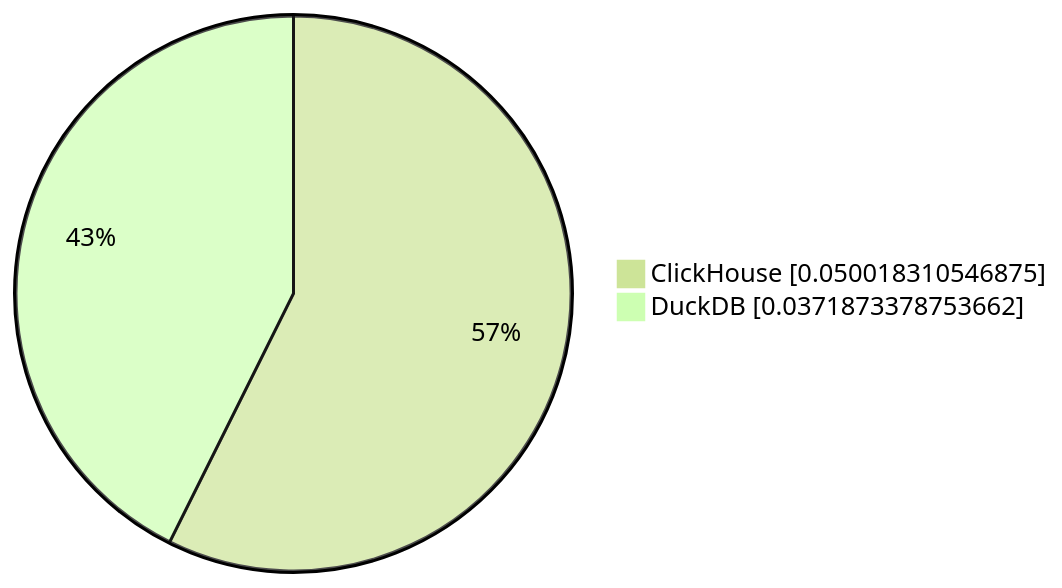
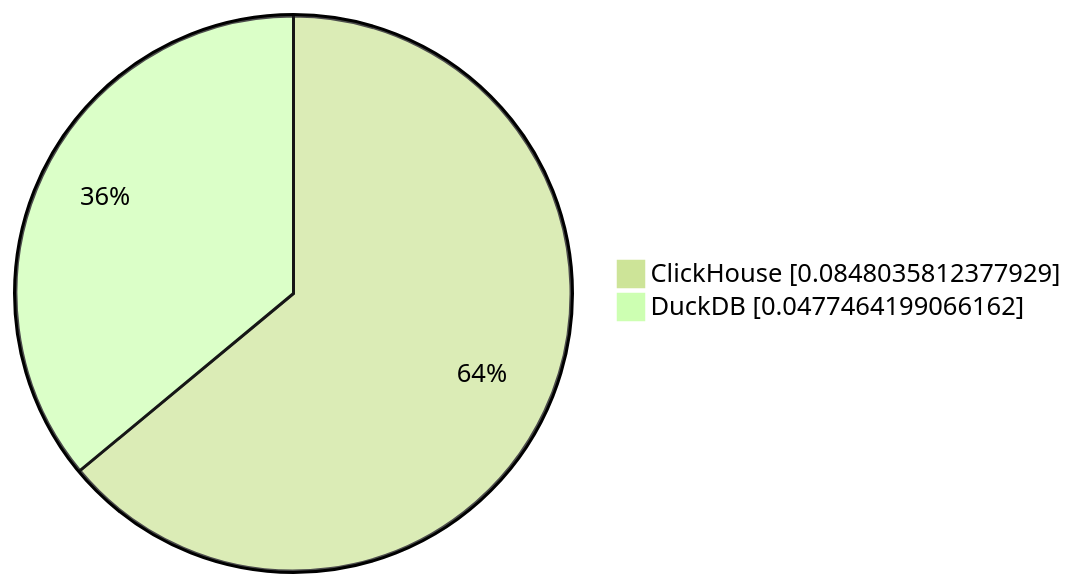
The fourth of 7 diagrams in parquet/performance/results/nyc_taxi/23.8.2.7/README.md (Altinity/clickhouse-regression), drawn with Mermaid (forest theme) before and after one commit. The commit also changed other lines of this file and 2 other files, not shown here.

````diff
--- a/parquet/performance/results/nyc_taxi/23.8.2.7/README.md
+++ b/parquet/performance/results/nyc_taxi/23.8.2.7/README.md
@@ -40,5 +40,5 @@
 ```mermaid
      pie showData
-         "ClickHouse" : 0.050018310546875
-         "DuckDB" : 0.0371873378753662
+         "ClickHouse" : 0.0848035812377929
+         "DuckDB" : 0.0477464199066162
 ```
````
